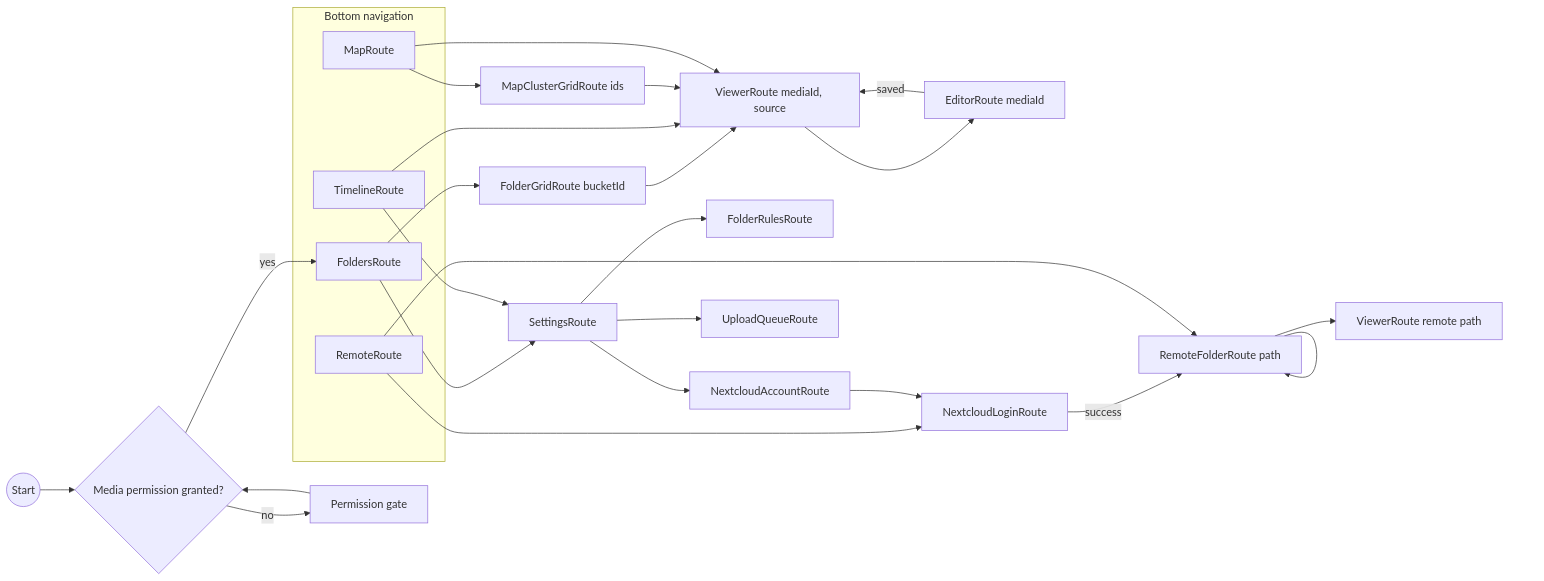
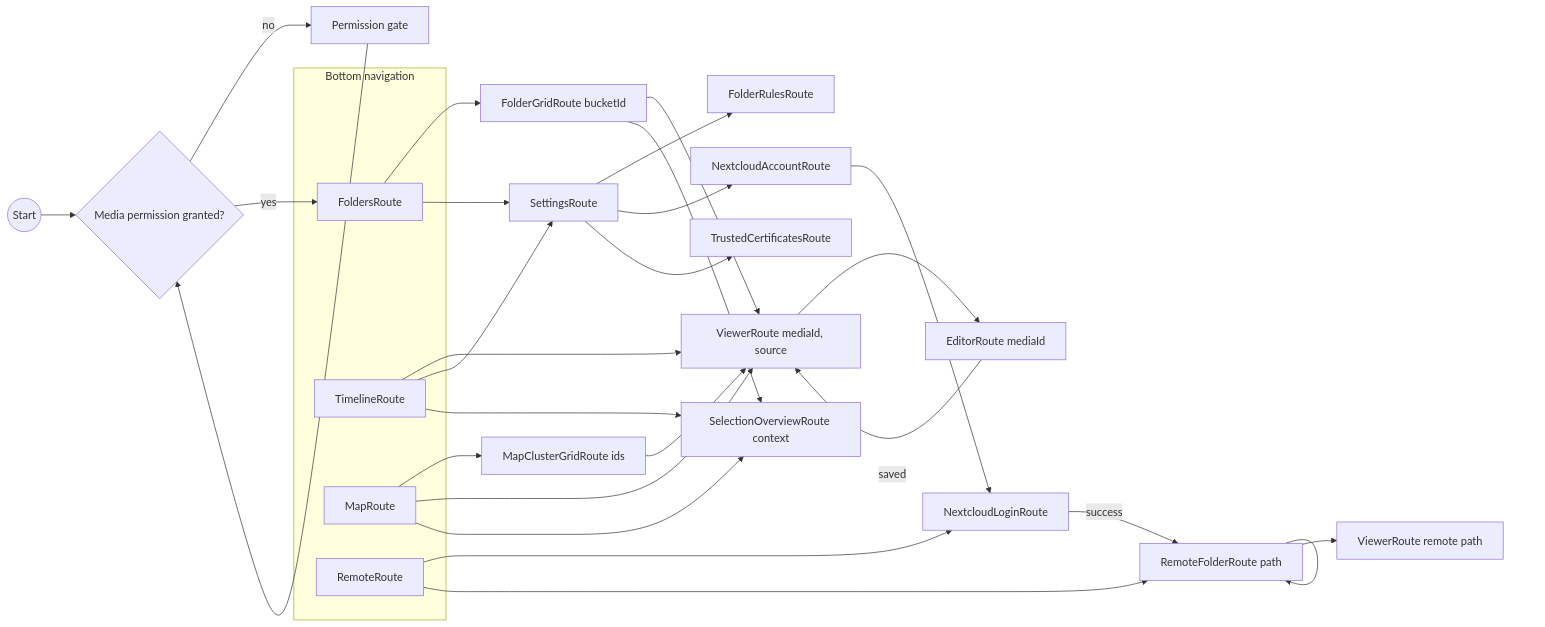
Diagram 12 of 12 in docs/ARCHITECTURE.md (drehtuer/NextGalleryApp), drawn with Mermaid before and after one commit. The commit also changed other lines of this file and 3 other files, not shown here.

````diff
--- a/docs/ARCHITECTURE.md
+++ b/docs/ARCHITECTURE.md
@@ -781,36 +763,39 @@
 ```mermaid
 flowchart LR
     start(("Start")) --> perm{"Media permission granted?"}
     perm -- "no" --> PermissionScreen["Permission gate"]
     PermissionScreen --> perm
     perm -- "yes" --> Folders
 
     subgraph TopLevel["Bottom navigation"]
         Folders["FoldersRoute"]
         Timeline["TimelineRoute"]
         Map["MapRoute"]
         Remote["RemoteRoute"]
     end
 
     Folders --> FolderGrid["FolderGridRoute bucketId"]
     FolderGrid --> Viewer["ViewerRoute mediaId, source"]
     Timeline --> Viewer
     Map --> ClusterGrid["MapClusterGridRoute ids"]
     ClusterGrid --> Viewer
     Map --> Viewer
     Viewer --> Editor["EditorRoute mediaId"]
     Editor -- "saved" --> Viewer
 
     Remote --> Login["NextcloudLoginRoute"]
     Login -- "success" --> RemoteBrowser["RemoteFolderRoute path"]
     Remote --> RemoteBrowser
     RemoteBrowser --> RemoteBrowser
     RemoteBrowser --> RemoteViewer["ViewerRoute remote path"]
 
     Folders --> Settings["SettingsRoute"]
     Timeline --> Settings
     Settings --> FolderRules["FolderRulesRoute"]
     Settings --> Account["NextcloudAccountRoute"]
     Account --> Login
-    Settings --> UploadQueue["UploadQueueRoute"]
+    Settings --> Certs["TrustedCertificatesRoute"]
+    FolderGrid --> SelOverview["SelectionOverviewRoute context"]
+    Timeline --> SelOverview
+    Map --> SelOverview
 ```
````
